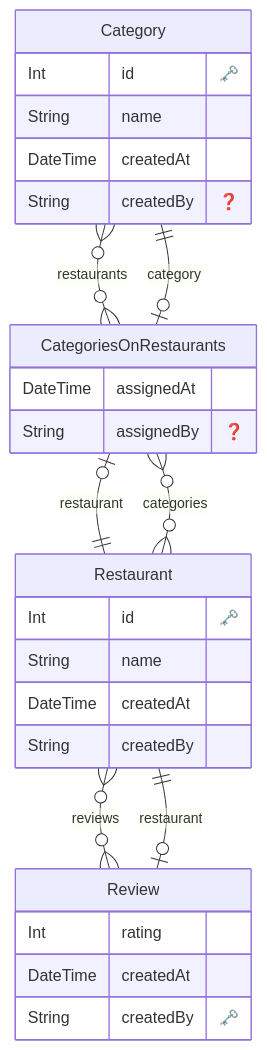
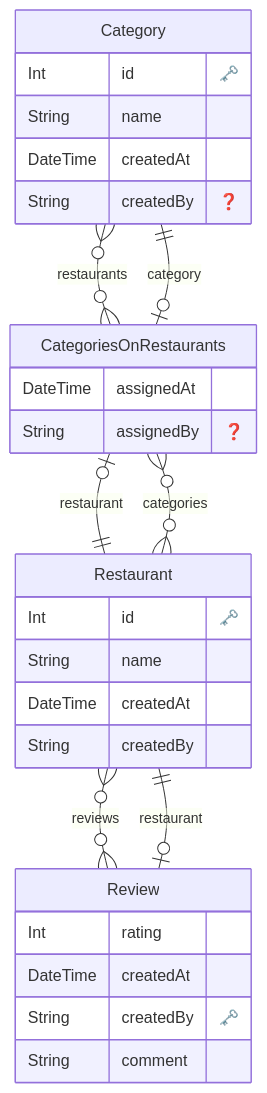
One commit to tperamaki/yala changed the diagram in docs/datamodel.md. Above: the diagram before and after it, drawn with Mermaid. The commit also changed 5 other files, not shown here.

````diff
--- a/docs/datamodel.md
+++ b/docs/datamodel.md
@@ -1,38 +1,39 @@
 ```mermaid
 erDiagram
 
   "Category" {
     Int id "🗝️"
     String name 
     DateTime createdAt 
     String createdBy "❓"
     }
   
 
   "Restaurant" {
     Int id "🗝️"
     String name 
     DateTime createdAt 
     String createdBy 
     }
   
 
   "Review" {
     Int rating 
     DateTime createdAt 
     String createdBy "🗝️"
+    String comment 
     }
   
 
   "CategoriesOnRestaurants" {
     DateTime assignedAt 
     String assignedBy "❓"
     }
   
     "Category" o{--}o "CategoriesOnRestaurants" : "restaurants"
     "Restaurant" o{--}o "CategoriesOnRestaurants" : "categories"
     "Restaurant" o{--}o "Review" : "reviews"
     "Review" o|--|| "Restaurant" : "restaurant"
     "CategoriesOnRestaurants" o|--|| "Category" : "category"
     "CategoriesOnRestaurants" o|--|| "Restaurant" : "restaurant"
 ```
````
